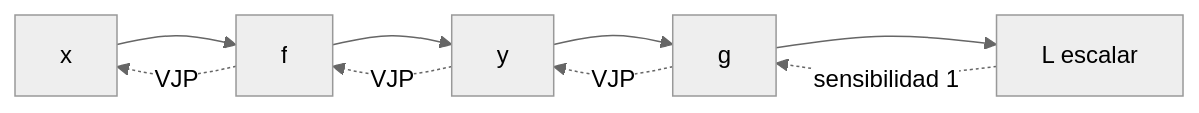
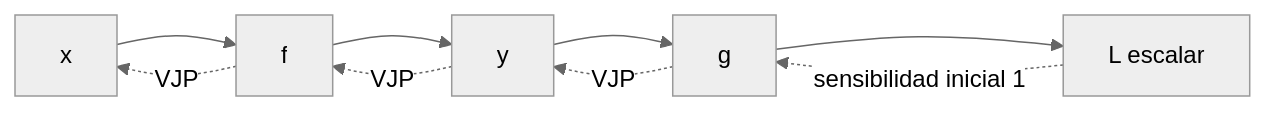
Before and after one commit to kalech7/notes: the diagram in Obsidian/posgrado/master/MATEMÁTICAS Y PROGRAMACIÓN IA/calculo multivariable y matricial/02 Jacobianos, regla de la cadena y VJP.md, drawn with Mermaid (neutral theme). The commit also changed other lines of this file and 143 other files, not shown here.

````diff
--- a/Obsidian/posgrado/master/MATEMÁTICAS Y PROGRAMACIÓN IA/calculo multivariable y matricial/02 Jacobianos, regla de la cadena y VJP.md
+++ b/Obsidian/posgrado/master/MATEMÁTICAS Y PROGRAMACIÓN IA/calculo multivariable y matricial/02 Jacobianos, regla de la cadena y VJP.md
@@ -75,11 +367,11 @@
 ```mermaid
 flowchart LR
     X[x] --> F[f]
     F --> Y[y]
     Y --> G[g]
     G --> L[L escalar]
-    L -. sensibilidad 1 .-> G
+    L -. sensibilidad inicial 1 .-> G
     G -. VJP .-> Y
     Y -. VJP .-> F
     F -. VJP .-> X
 ```
````
